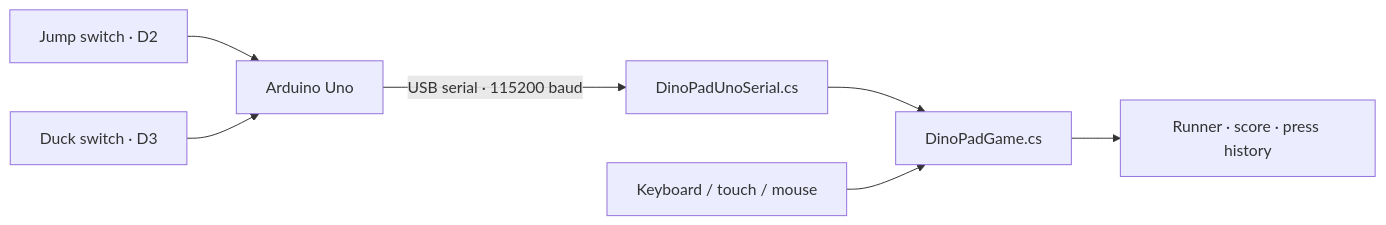
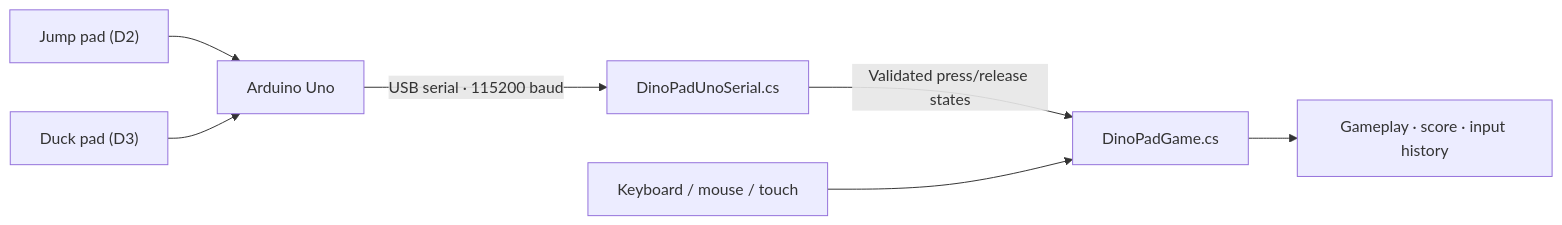
One commit to akunselm/DinoPad changed the diagram in README.md. Above: the diagram before and after it, drawn with Mermaid. The commit also changed other lines of this file, not shown here.

Commit message:
Polish DinoPad project README with demo, accurate defaults and documentation hub

````diff
--- a/README.md
+++ b/README.md
@@ -81,9 +74,9 @@
 ```mermaid
 flowchart LR
-    A["Jump switch · D2"] --> C["Arduino Uno"]
-    B["Duck switch · D3"] --> C
-    C -->|"USB serial · 115200 baud"| D["DinoPadUnoSerial.cs"]
-    D --> E["DinoPadGame.cs"]
-    F["Keyboard / touch / mouse"] --> E
-    E --> G["Runner · score · press history"]
+    A["Jump pad (D2)"] --> U["Arduino Uno"]
+    B["Duck pad (D3)"] --> U
+    U -->|"USB serial · 115200 baud"| S["DinoPadUnoSerial.cs"]
+    S -->|"Validated press/release states"| G["DinoPadGame.cs"]
+    K["Keyboard / mouse / touch"] --> G
+    G --> O["Gameplay · score · input history"]
 ```
````
